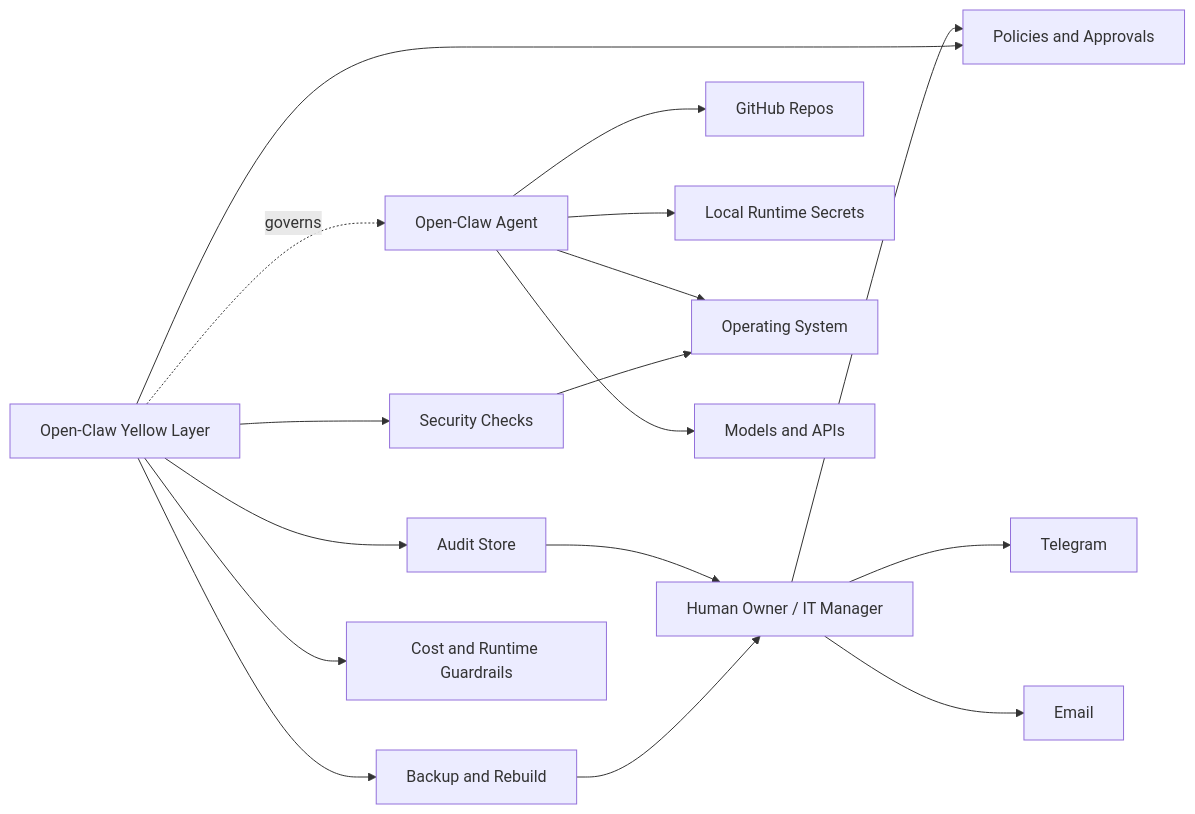
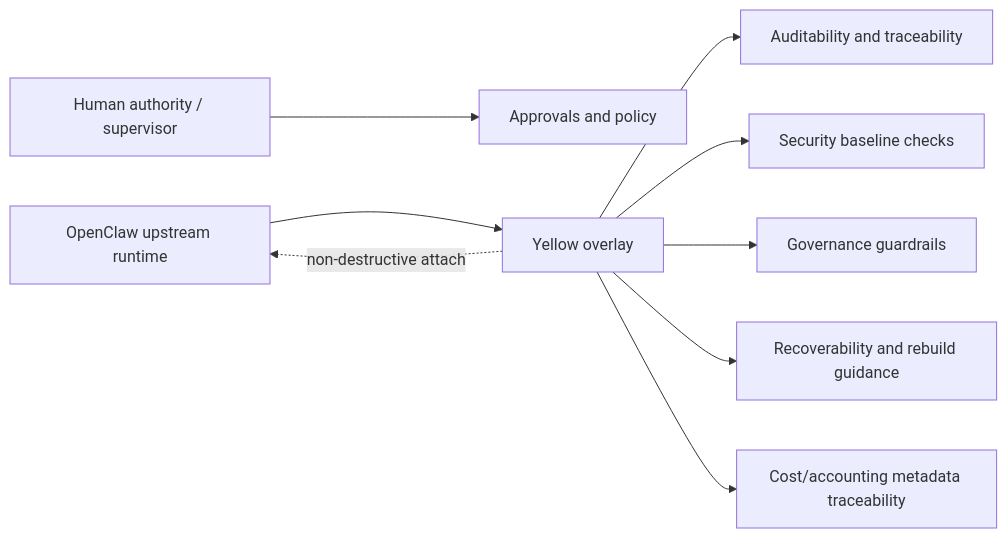
The second of 2 diagrams in README.md (Eurobotics-Association/openclaw-yellow), drawn with Mermaid before and after one commit. The commit also changed other lines of this file and 5 other files, not shown here.

````diff
--- a/README.md
+++ b/README.md
@@ -229,22 +108,12 @@
 ```mermaid
 flowchart LR
-    U[Human Owner / IT Manager] --> P[Policies and Approvals]
-    U --> C1[Telegram]
-    U --> C2[Email]
+    U[Human authority / supervisor] --> P[Approvals and policy]
+    O[OpenClaw upstream runtime] --> Y[Yellow overlay]
+    Y --> A[Auditability and traceability]
+    Y --> S[Security baseline checks]
+    Y --> G[Governance guardrails]
+    Y --> R[Recoverability and rebuild guidance]
+    Y --> C[Cost/accounting metadata traceability]
 
-    A[Open-Claw Agent] --> R[GitHub Repos]
-    A --> S[Local Runtime Secrets]
-    A --> O[Operating System]
-    A --> M[Models and APIs]
-
-    G[Open-Claw Yellow Layer] --> P
-    G --> T[Audit Store]
-    G --> H[Security Checks]
-    G --> B[Backup and Rebuild]
-    G --> X[Cost and Runtime Guardrails]
-
-    G -.governs.-> A
-    H --> O
-    T --> U
-    B --> U
+    Y -.non-destructive attach.-> O
 ```
````
